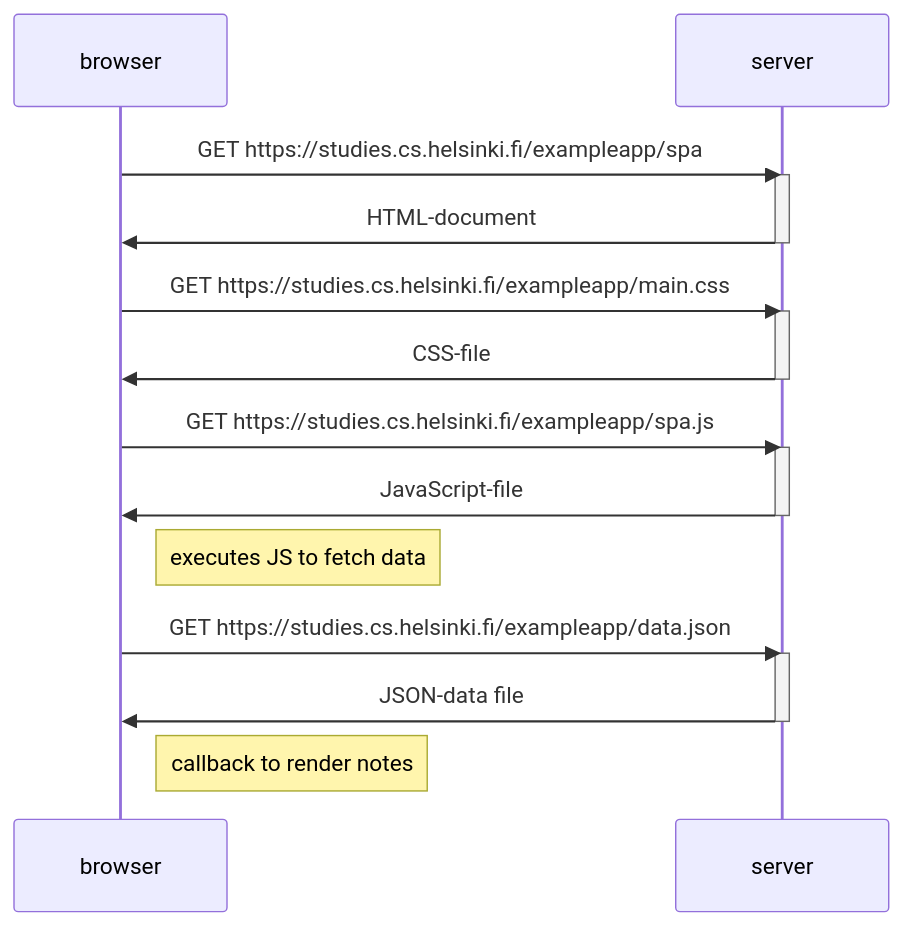
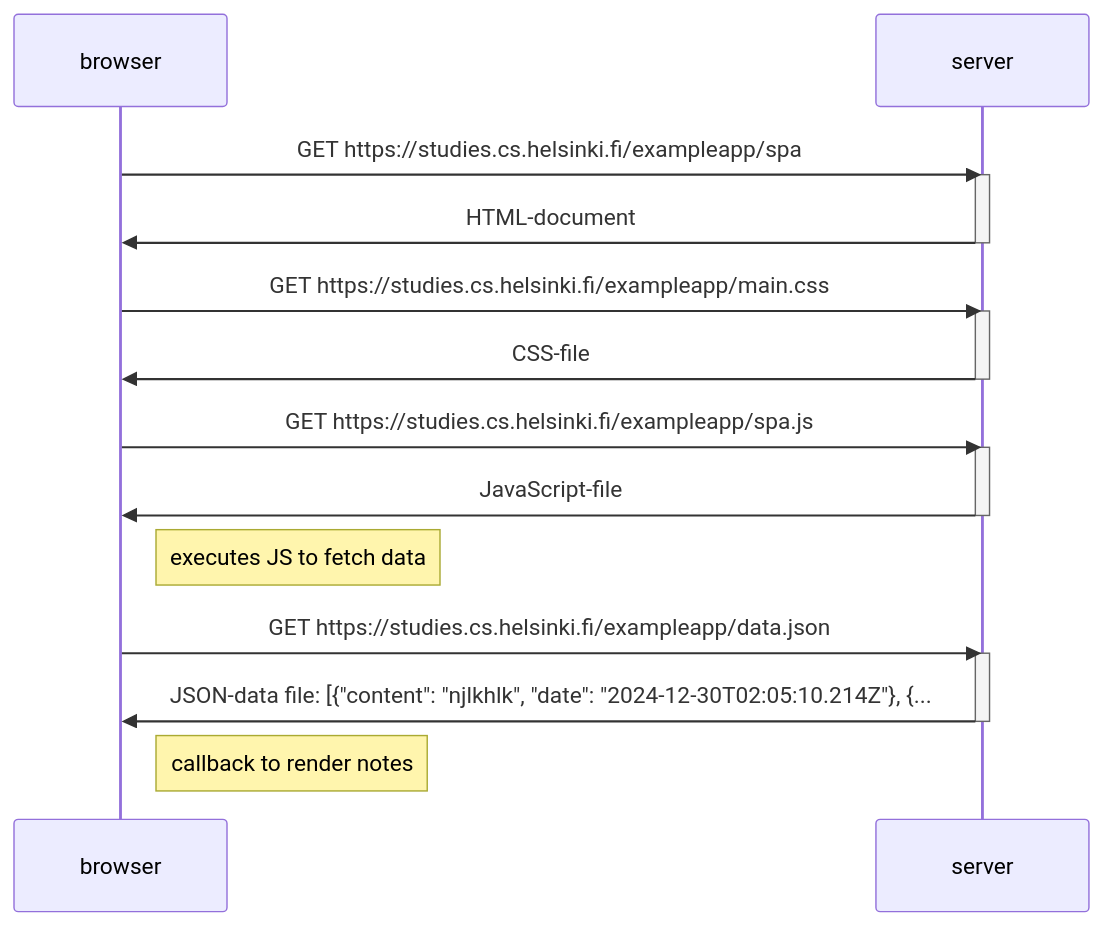
The diagram in part0/single_page_app_diagram/single_page_app_diagram.md (prisling/fullstackopen), drawn with Mermaid before and after one commit.

````diff
--- a/part0/single_page_app_diagram/single_page_app_diagram.md
+++ b/part0/single_page_app_diagram/single_page_app_diagram.md
@@ -1,24 +1,24 @@
 ```mermaid
 sequenceDiagram
 participant browser
 participant server
 
 browser->>server: GET https://studies.cs.helsinki.fi/exampleapp/spa
 activate server
 server->>browser: HTML-document
 deactivate server
 browser->>server: GET https://studies.cs.helsinki.fi/exampleapp/main.css
 activate server
 server->>browser: CSS-file
 deactivate server
 browser->>server: GET https://studies.cs.helsinki.fi/exampleapp/spa.js
 activate server
 server->>browser: JavaScript-file
 deactivate server
 Note right of browser: executes JS to fetch data
 browser->>server: GET https://studies.cs.helsinki.fi/exampleapp/data.json
 activate server
-server->>browser: JSON-data file
+server->>browser: JSON-data file: [{"content": "njlkhlk", "date": "2024-12-30T02:05:10.214Z"}, {...
 deactivate server
 Note right of browser: callback to render notes
 ```
````
